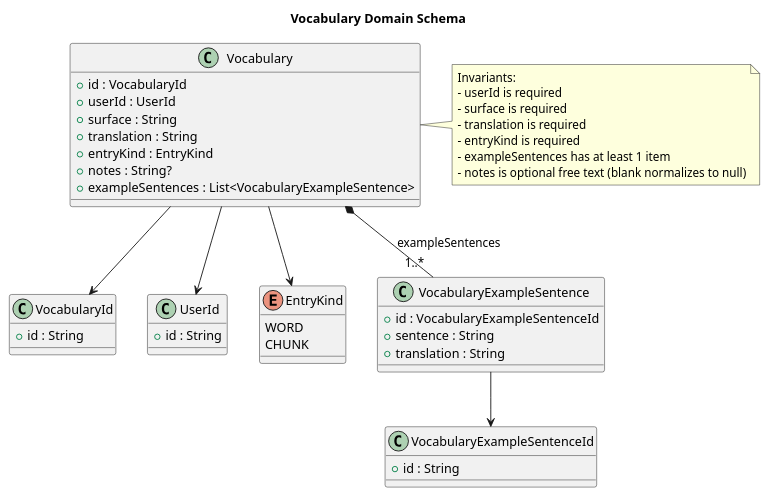
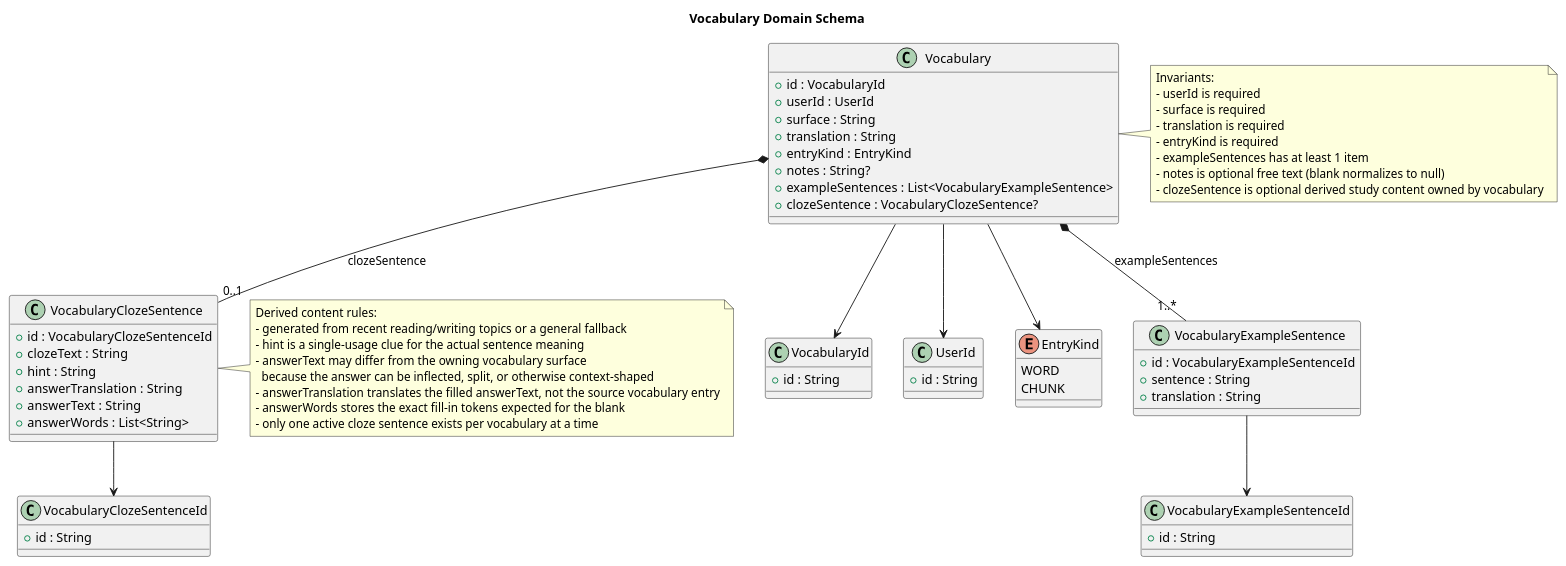
One commit to muhammadismailkhan0009/language-learner-backend changed the diagram in diagrams/vocabulary/vocabulary-domain-schema.puml. Above: the diagram before and after it, drawn with PlantUML. The commit also changed 56 other files, not shown here.

```diff
--- a/diagrams/vocabulary/vocabulary-domain-schema.puml
+++ b/diagrams/vocabulary/vocabulary-domain-schema.puml
@@ -1,54 +1,82 @@
 @startuml
 
 title Vocabulary Domain Schema
 
 class Vocabulary {
   +id : VocabularyId
   +userId : UserId
   +surface : String
   +translation : String
   +entryKind : EntryKind
   +notes : String?
   +exampleSentences : List<VocabularyExampleSentence>
+  +clozeSentence : VocabularyClozeSentence?
 }
 
 class VocabularyId {
   +id : String
 }
 
 class UserId {
   +id : String
 }
 
 enum EntryKind {
   WORD
   CHUNK
 }
 
 class VocabularyExampleSentence {
   +id : VocabularyExampleSentenceId
   +sentence : String
   +translation : String
 }
 
 class VocabularyExampleSentenceId {
   +id : String
 }
 
+class VocabularyClozeSentence {
+  +id : VocabularyClozeSentenceId
+  +clozeText : String
+  +hint : String
+  +answerTranslation : String
+  +answerText : String
+  +answerWords : List<String>
+}
+
+class VocabularyClozeSentenceId {
+  +id : String
+}
+
 Vocabulary --> VocabularyId
 Vocabulary --> UserId
 Vocabulary --> EntryKind
 Vocabulary *-- "1..*" VocabularyExampleSentence : exampleSentences
+Vocabulary *-- "0..1" VocabularyClozeSentence : clozeSentence
 VocabularyExampleSentence --> VocabularyExampleSentenceId
+VocabularyClozeSentence --> VocabularyClozeSentenceId
 
 note right of Vocabulary
 Invariants:
 - userId is required
 - surface is required
 - translation is required
 - entryKind is required
 - exampleSentences has at least 1 item
 - notes is optional free text (blank normalizes to null)
+- clozeSentence is optional derived study content owned by vocabulary
+end note
+
+note right of VocabularyClozeSentence
+Derived content rules:
+- generated from recent reading/writing topics or a general fallback
+- hint is a single-usage clue for the actual sentence meaning
+- answerText may differ from the owning vocabulary surface
+  because the answer can be inflected, split, or otherwise context-shaped
+- answerTranslation translates the filled answerText, not the source vocabulary entry
+- answerWords stores the exact fill-in tokens expected for the blank
+- only one active cloze sentence exists per vocabulary at a time
 end note
 
 @enduml
```
